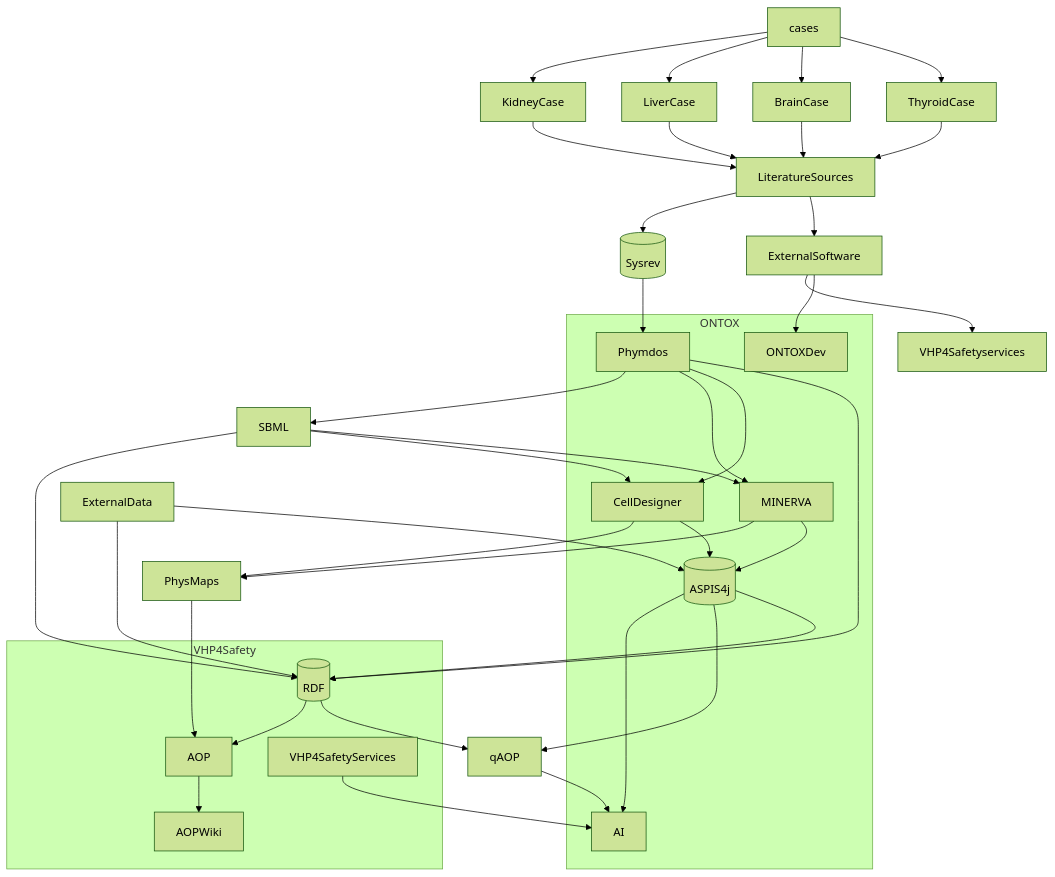
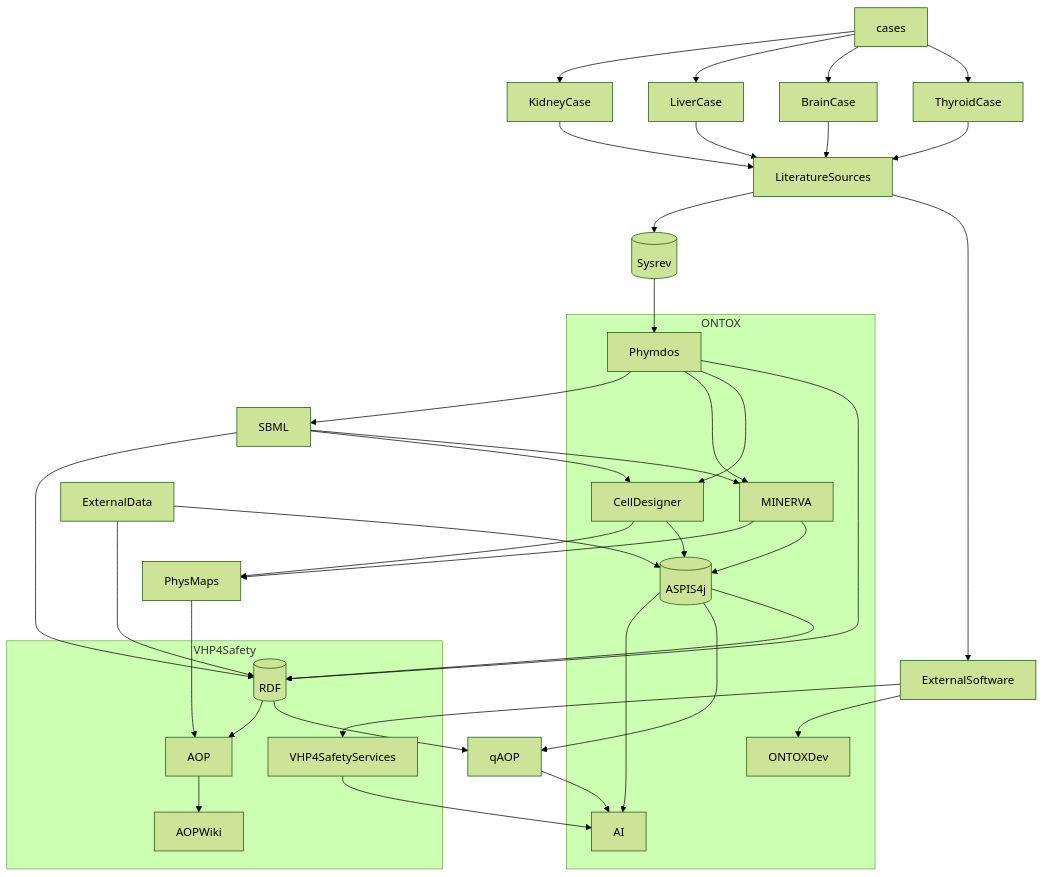
One commit to ontox-hu/workflows changed the diagram in ONTOX-vs-VHP4Safety.md. Above: the diagram before and after it, drawn with Mermaid (forest theme).

````diff
--- a/ONTOX-vs-VHP4Safety.md
+++ b/ONTOX-vs-VHP4Safety.md
@@ -1,58 +1,58 @@
 ```mermaid
 flowchart TB
 
     cases-->KidneyCase
     cases-->LiverCase
     cases-->BrainCase
     cases-->ThyroidCase
      
     KidneyCase-->LiteratureSources
     LiverCase-->LiteratureSources
     BrainCase-->LiteratureSources
     ThyroidCase-->LiteratureSources
     LiteratureSources-->Sysrev[(Sysrev)]
      
     
     Sysrev[(Sysrev)]-->Phymdos
     Phymdos-->SBML
     SBML-->CellDesigner
     SBML-->MINERVA
     SBML-->RDF[(RDF)]
     
     CellDesigner-->PhysMaps
     MINERVA-->PhysMaps
     
     PhysMaps-->AOP
     
     subgraph ONTOX
     ONTOXDev
     Phymdos-->MINERVA
     Phymdos-->CellDesigner
     
     CellDesigner-->ASPIS4j[(ASPIS4j)]
     MINERVA-->ASPIS4j[(ASPIS4j)]
     ASPIS4j[(ASPIS4j)]-->AI
     
     end
     
     
     subgraph VHP4Safety
     Phymdos-->RDF[(RDF)]
     RDF[(RDF)]-->AOP
     AOP-->AOPWiki
     VHP4SafetyServices
     VHP4SafetyServices-->AI
     end
     
     LiteratureSources-->ExternalSoftware
-    ExternalSoftware-->VHP4Safetyservices
+    ExternalSoftware-->VHP4SafetyServices
     ExternalSoftware-->ONTOXDev
     ExternalData-->ASPIS4j[(ASPIS4j)]
     RDF[(RDF)]-->qAOP
     ASPIS4j[(ASPIS4j)]-->qAOP
     ASPIS4j[(ASPIS4j)]-->RDF[(RDF)]
     ExternalData-->RDF[(RDF)]
     qAOP-->AI
     
     
 ```
````
